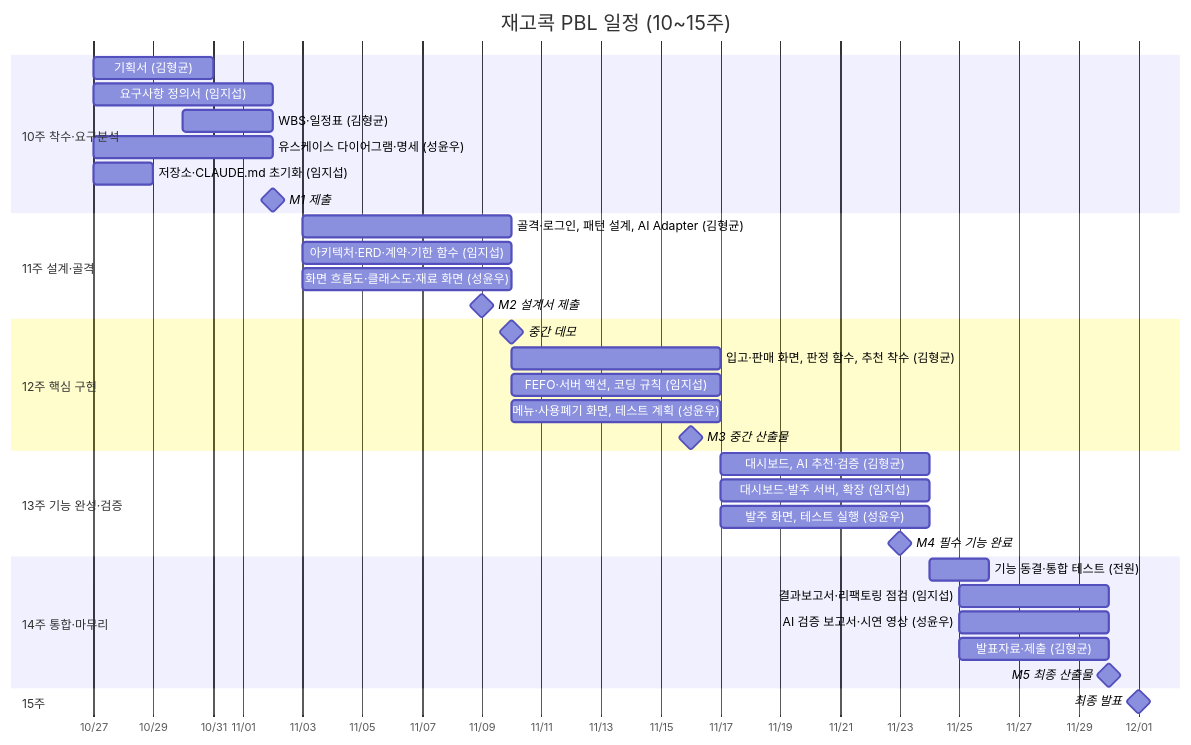
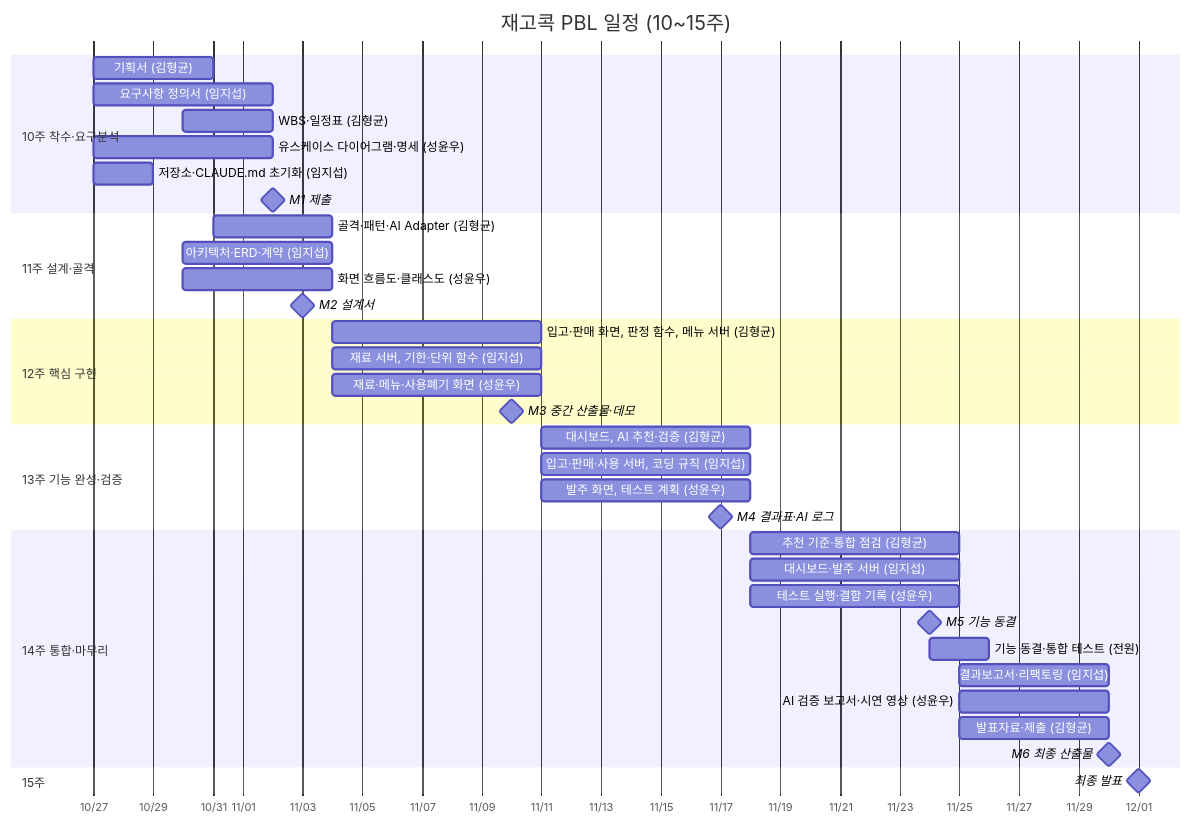
One commit to semicolon213/infood changed the diagram in docs/05_일정표.md. Above: the diagram before and after it, drawn with Mermaid. The commit also changed other lines of this file and 10 other files, not shown here.

````diff
--- a/docs/05_일정표.md
+++ b/docs/05_일정표.md
@@ -59,43 +61,46 @@
 ```mermaid
 gantt
     title 재고콕 PBL 일정 (10~15주)
     dateFormat  YYYY-MM-DD
     axisFormat  %m/%d
 
     section 10주 착수·요구분석
     기획서 (김형균)                         :2026-10-27, 4d
     요구사항 정의서 (임지섭)                :2026-10-27, 6d
     WBS·일정표 (김형균)                     :2026-10-30, 3d
     유스케이스 다이어그램·명세 (성윤우)     :2026-10-27, 6d
     저장소·CLAUDE.md 초기화 (임지섭)        :2026-10-27, 2d
     M1 제출                                 :milestone, 2026-11-02, 0d
 
     section 11주 설계·골격
-    골격·로그인, 패턴 설계, AI Adapter (김형균) :2026-11-03, 7d
-    아키텍처·ERD·계약·기한 함수 (임지섭)    :2026-11-03, 7d
-    화면 흐름도·클래스도·재료 화면 (성윤우) :2026-11-03, 7d
-    M2 설계서 제출                          :milestone, 2026-11-09, 0d
+    골격·패턴·AI Adapter (김형균)           :2026-10-31, 4d
+    아키텍처·ERD·계약 (임지섭)              :2026-10-30, 5d
+    화면 흐름도·클래스도 (성윤우)           :2026-10-30, 5d
+    M2 설계서                               :milestone, 2026-11-03, 0d
 
     section 12주 핵심 구현
-    중간 데모                               :milestone, 2026-11-10, 0d
-    입고·판매 화면, 판정 함수, 추천 착수 (김형균) :2026-11-10, 7d
-    FEFO·서버 액션, 코딩 규칙 (임지섭)      :2026-11-10, 7d
-    메뉴·사용폐기 화면, 테스트 계획 (성윤우) :2026-11-10, 7d
-    M3 중간 산출물                          :milestone, 2026-11-16, 0d
+    입고·판매 화면, 판정 함수, 메뉴 서버 (김형균) :2026-11-04, 7d
+    재료 서버, 기한·단위 함수 (임지섭)      :2026-11-04, 7d
+    재료·메뉴·사용폐기 화면 (성윤우)        :2026-11-04, 7d
+    M3 중간 산출물·데모                     :milestone, 2026-11-10, 0d
 
     section 13주 기능 완성·검증
-    대시보드, AI 추천·검증 (김형균)         :2026-11-17, 7d
-    대시보드·발주 서버, 확장 (임지섭)       :2026-11-17, 7d
-    발주 화면, 테스트 실행 (성윤우)         :2026-11-17, 7d
-    M4 필수 기능 완료                       :milestone, 2026-11-23, 0d
+    대시보드, AI 추천·검증 (김형균)         :2026-11-11, 7d
+    입고·판매·사용 서버, 코딩 규칙 (임지섭) :2026-11-11, 7d
+    발주 화면, 테스트 계획 (성윤우)         :2026-11-11, 7d
+    M4 결과표·AI 로그                       :milestone, 2026-11-17, 0d
 
     section 14주 통합·마무리
+    추천 기준·통합 점검 (김형균)            :2026-11-18, 7d
+    대시보드·발주 서버 (임지섭)             :2026-11-18, 7d
+    테스트 실행·결함 기록 (성윤우)          :2026-11-18, 7d
+    M5 기능 동결                            :milestone, 2026-11-24, 0d
     기능 동결·통합 테스트 (전원)            :2026-11-24, 2d
-    결과보고서·리팩토링 점검 (임지섭)       :2026-11-25, 5d
+    결과보고서·리팩토링 (임지섭)            :2026-11-25, 5d
     AI 검증 보고서·시연 영상 (성윤우)       :2026-11-25, 5d
     발표자료·제출 (김형균)                  :2026-11-25, 5d
-    M5 최종 산출물                          :milestone, 2026-11-30, 0d
+    M6 최종 산출물                          :milestone, 2026-11-30, 0d
 
     section 15주
     최종 발표                               :milestone, 2026-12-01, 0d
 ```
````
